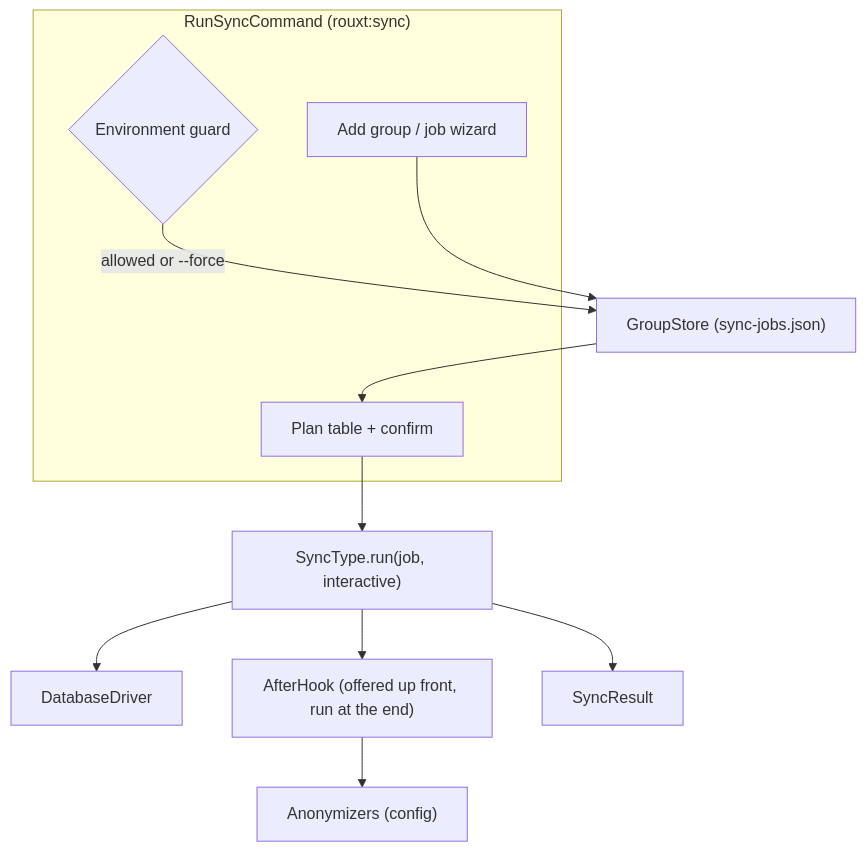
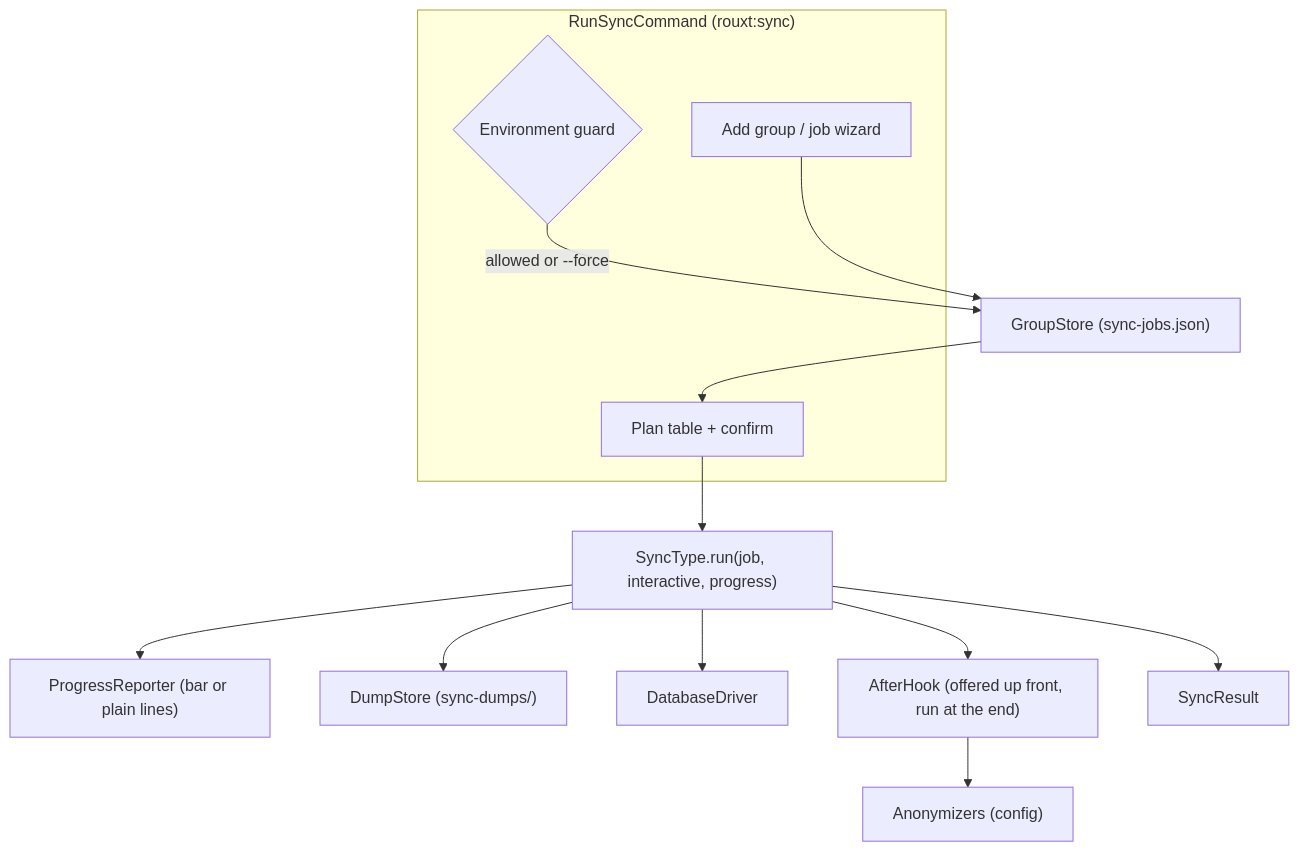
Before and after one commit to RouxtAccess/laravel-sync: the first of 3 diagrams in docs/claude/architecture.md, drawn with Mermaid. The commit also changed other lines of this file and 34 other files, not shown here.

First line of the commit message:
Add cached dumps and live progress to database syncs (3.0.0)

````diff
--- a/docs/claude/architecture.md
+++ b/docs/claude/architecture.md
@@ -20,18 +23,20 @@
 ```mermaid
 flowchart TD
     subgraph Command["RunSyncCommand (rouxt:sync)"]
         Guard{"Environment guard"}
         Wizard["Add group / job wizard"]
         Plan["Plan table + confirm"]
     end
 
     Guard -->|allowed or --force| Store["GroupStore (sync-jobs.json)"]
     Wizard --> Store
     Store --> Plan
-    Plan --> Type["SyncType.run(job, interactive)"]
+    Plan --> Type["SyncType.run(job, interactive, progress)"]
 
+    Type --> Progress["ProgressReporter (bar or plain lines)"]
+    Type --> Dumps["DumpStore (sync-dumps/)"]
     Type --> Driver["DatabaseDriver"]
     Type --> Hooks["AfterHook (offered up front, run at the end)"]
     Hooks --> Anon["Anonymizers (config)"]
     Type --> Result["SyncResult"]
 ```
````
